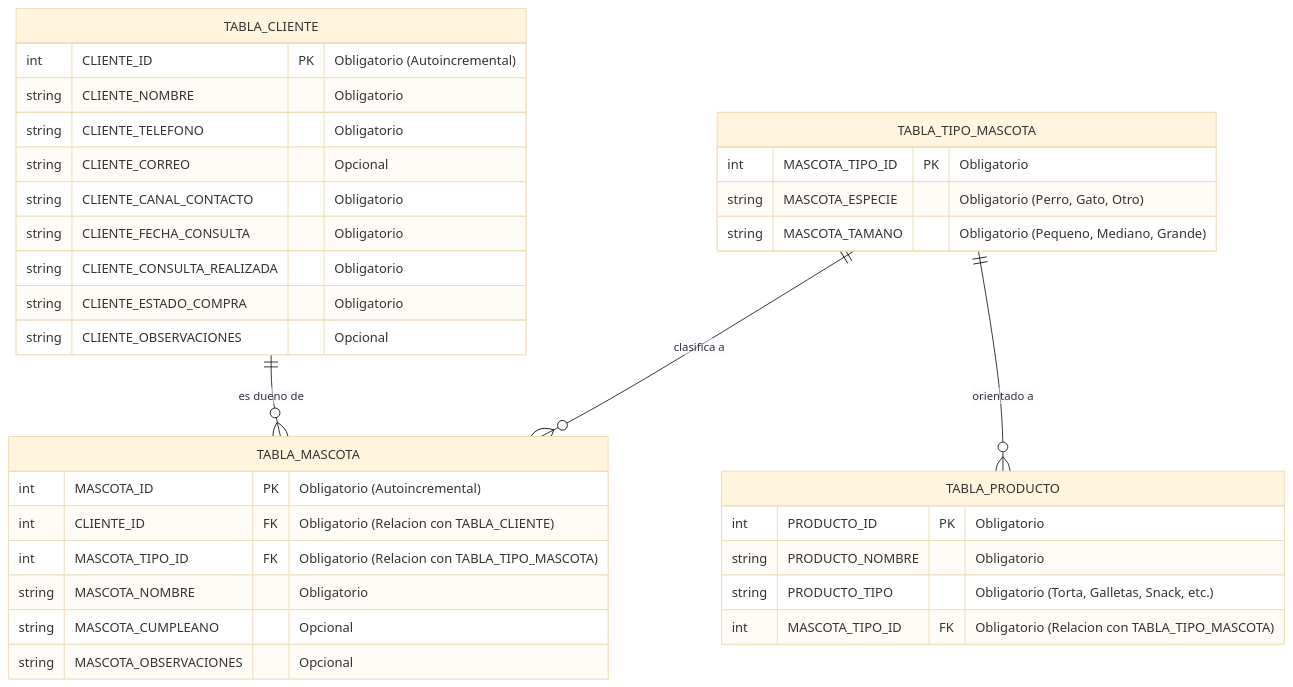
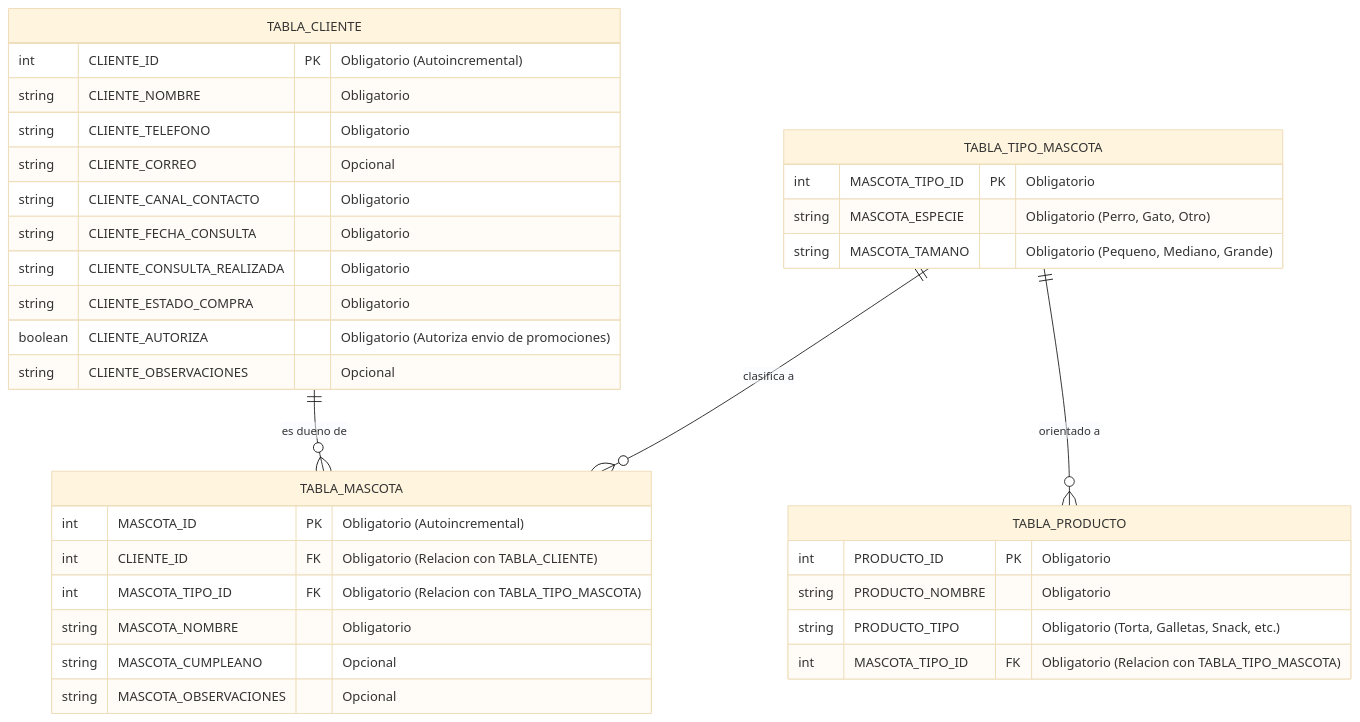
The diagram in Entrega-2/Analisis/DIAGRAMA-ENTIDAD-RELACION.MD (dequicel-commits/integracion-plataformas-equipo), drawn with Mermaid (base theme) before and after one commit. The commit also changed other lines of this file, not shown here.

Commit message:
Agregar campo CLIENTE_AUTORIZA en DIAGRAMA-ENTIDAD-RELACION.MD

````diff
--- a/Entrega-2/Analisis/DIAGRAMA-ENTIDAD-RELACION.MD
+++ b/Entrega-2/Analisis/DIAGRAMA-ENTIDAD-RELACION.MD
@@ -2,36 +3,41 @@
 ```mermaid
 erDiagram
     TABLA_CLIENTE ||--o{ TABLA_MASCOTA : "es dueno de"
     TABLA_TIPO_MASCOTA ||--o{ TABLA_MASCOTA : "clasifica a"
     TABLA_TIPO_MASCOTA ||--o{ TABLA_PRODUCTO : "orientado a"
+
     TABLA_CLIENTE {
         int CLIENTE_ID PK "Obligatorio (Autoincremental)"
         string CLIENTE_NOMBRE "Obligatorio"
         string CLIENTE_TELEFONO "Obligatorio"
         string CLIENTE_CORREO "Opcional"
         string CLIENTE_CANAL_CONTACTO "Obligatorio"
         string CLIENTE_FECHA_CONSULTA "Obligatorio"
         string CLIENTE_CONSULTA_REALIZADA "Obligatorio"
         string CLIENTE_ESTADO_COMPRA "Obligatorio"
+        boolean CLIENTE_AUTORIZA "Obligatorio (Autoriza envio de promociones)"
         string CLIENTE_OBSERVACIONES "Opcional"
     }
+
     TABLA_MASCOTA {
         int MASCOTA_ID PK "Obligatorio (Autoincremental)"
         int CLIENTE_ID FK "Obligatorio (Relacion con TABLA_CLIENTE)"
         int MASCOTA_TIPO_ID FK "Obligatorio (Relacion con TABLA_TIPO_MASCOTA)"
         string MASCOTA_NOMBRE "Obligatorio"
         string MASCOTA_CUMPLEANO "Opcional"
         string MASCOTA_OBSERVACIONES "Opcional"
     }
+
     TABLA_TIPO_MASCOTA {
         int MASCOTA_TIPO_ID PK "Obligatorio"
         string MASCOTA_ESPECIE "Obligatorio (Perro, Gato, Otro)"
         string MASCOTA_TAMANO "Obligatorio (Pequeno, Mediano, Grande)"
     }
+
     TABLA_PRODUCTO {
         int PRODUCTO_ID PK "Obligatorio"
         string PRODUCTO_NOMBRE "Obligatorio"
         string PRODUCTO_TIPO "Obligatorio (Torta, Galletas, Snack, etc.)"
         int MASCOTA_TIPO_ID FK "Obligatorio (Relacion con TABLA_TIPO_MASCOTA)"
     }
 ```
````
